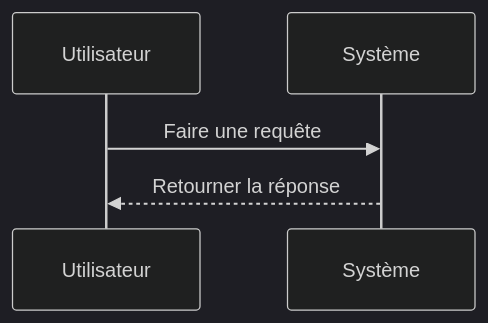
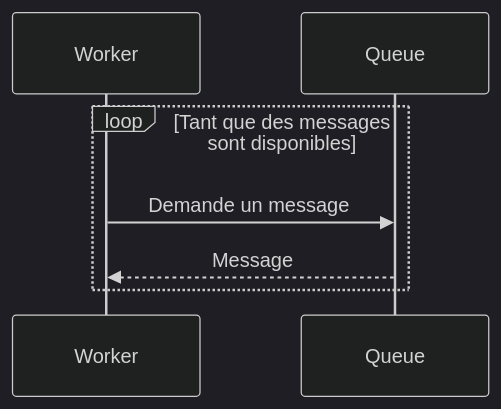
One commit to michaellaunay/NotesPubliques changed diagram 16 of 38 in cours/Mermaid pour Obsidian.md. Above: the diagram before and after it, drawn with Mermaid (dark theme). The commit also changed other lines of this file, not shown here.

````diff
--- a/cours/Mermaid pour Obsidian.md
+++ b/cours/Mermaid pour Obsidian.md
@@ -116,7 +551,10 @@
 ```mermaid
 sequenceDiagram
-    participant Utilisateur
-    participant Système
-    Utilisateur->>Système: Faire une requête
-    Système-->>Utilisateur: Retourner la réponse
+    participant Worker
+    participant Queue
+
+    loop Tant que des messages sont disponibles
+        Worker->>Queue: Demande un message
+        Queue-->>Worker: Message
+    end
 ```
````
